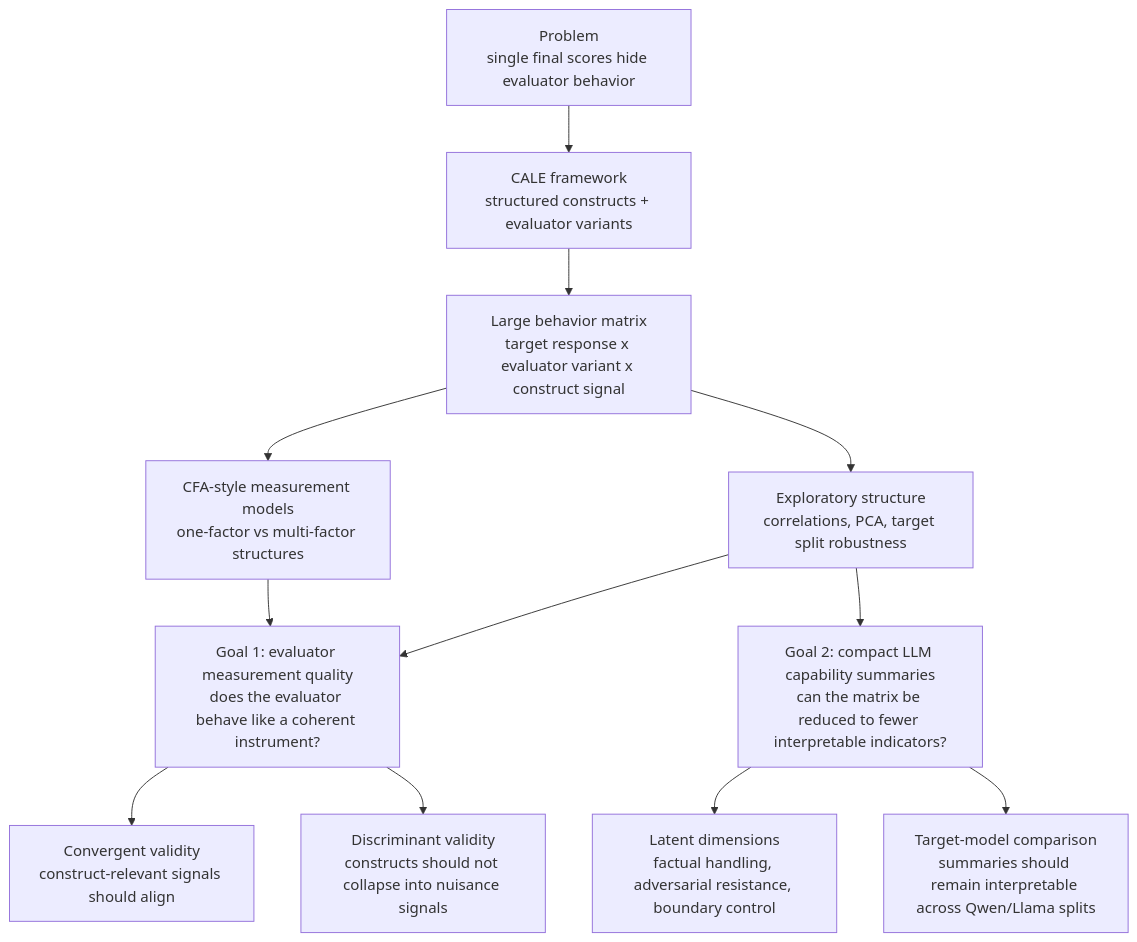
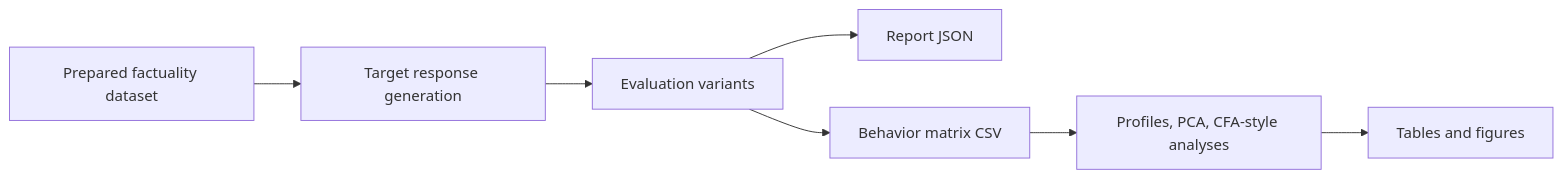
The diagram in README.md (RachelNongyingLi/CALE), drawn with Mermaid before and after one commit. The commit also changed other lines of this file and 5 other files, not shown here.

````diff
--- a/README.md
+++ b/README.md
@@ -61,14 +25,9 @@
 ```mermaid
-flowchart TD
-    A["Problem<br/>single final scores hide evaluator behavior"] --> B["CALE framework<br/>structured constructs + evaluator variants"]
-    B --> C["Large behavior matrix<br/>target response x evaluator variant x construct signal"]
-    C --> D["Exploratory structure<br/>correlations, PCA, target split robustness"]
-    C --> E["CFA-style measurement models<br/>one-factor vs multi-factor structures"]
-    D --> F["Goal 1: evaluator measurement quality<br/>does the evaluator behave like a coherent instrument?"]
-    E --> F
-    D --> G["Goal 2: compact LLM capability summaries<br/>can the matrix be reduced to fewer interpretable indicators?"]
-    F --> F1["Convergent validity<br/>construct-relevant signals should align"]
-    F --> F2["Discriminant validity<br/>constructs should not collapse into nuisance signals"]
-    G --> G1["Latent dimensions<br/>factual handling, adversarial resistance, boundary control"]
-    G --> G2["Target-model comparison<br/>summaries should remain interpretable across Qwen/Llama splits"]
+flowchart LR
+    A["Prepared factuality dataset"] --> B["Target response generation"]
+    B --> C["Evaluation variants"]
+    C --> D["Report JSON"]
+    C --> E["Behavior matrix CSV"]
+    E --> F["Profiles, PCA, CFA-style analyses"]
+    F --> G["Tables and figures"]
 ```
````
